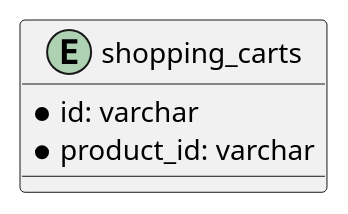
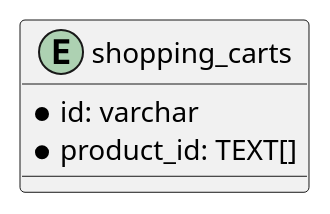
One commit to sokimaaa/6CORE changed the diagram in 1-documentation/er-diagram/script/shopping-carts.puml. Above: the diagram before and after it, drawn with PlantUML. The commit also changed 2 other files, not shown here.

Commit message:
[6CORE-041] Fixed table script and ER diagram after third code review - array structure

```diff
--- a/1-documentation/er-diagram/script/shopping-carts.puml
+++ b/1-documentation/er-diagram/script/shopping-carts.puml
@@ -1,9 +1,9 @@
 @startuml
 'https://plantuml.com/ie-diagram
 
 entity shopping_carts {
     * id: varchar
-    * product_id: varchar
+    * product_id: TEXT[]
 }
 
 @enduml
```
